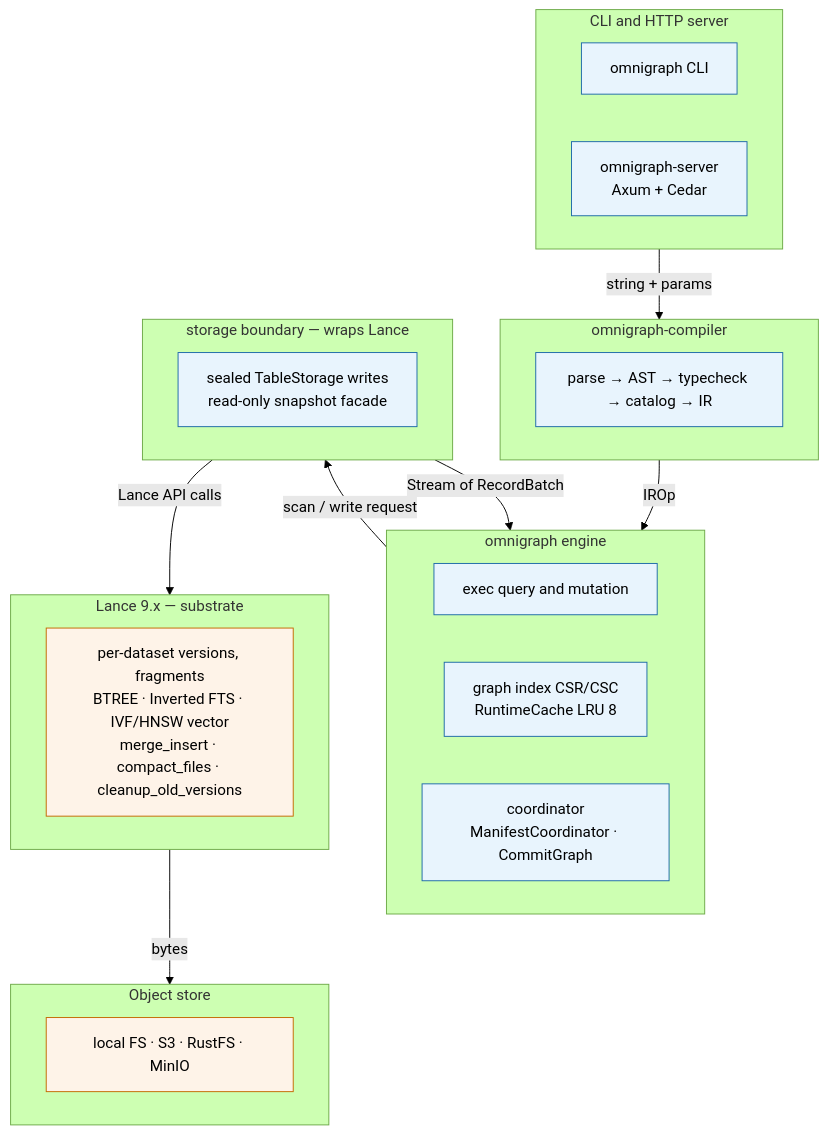
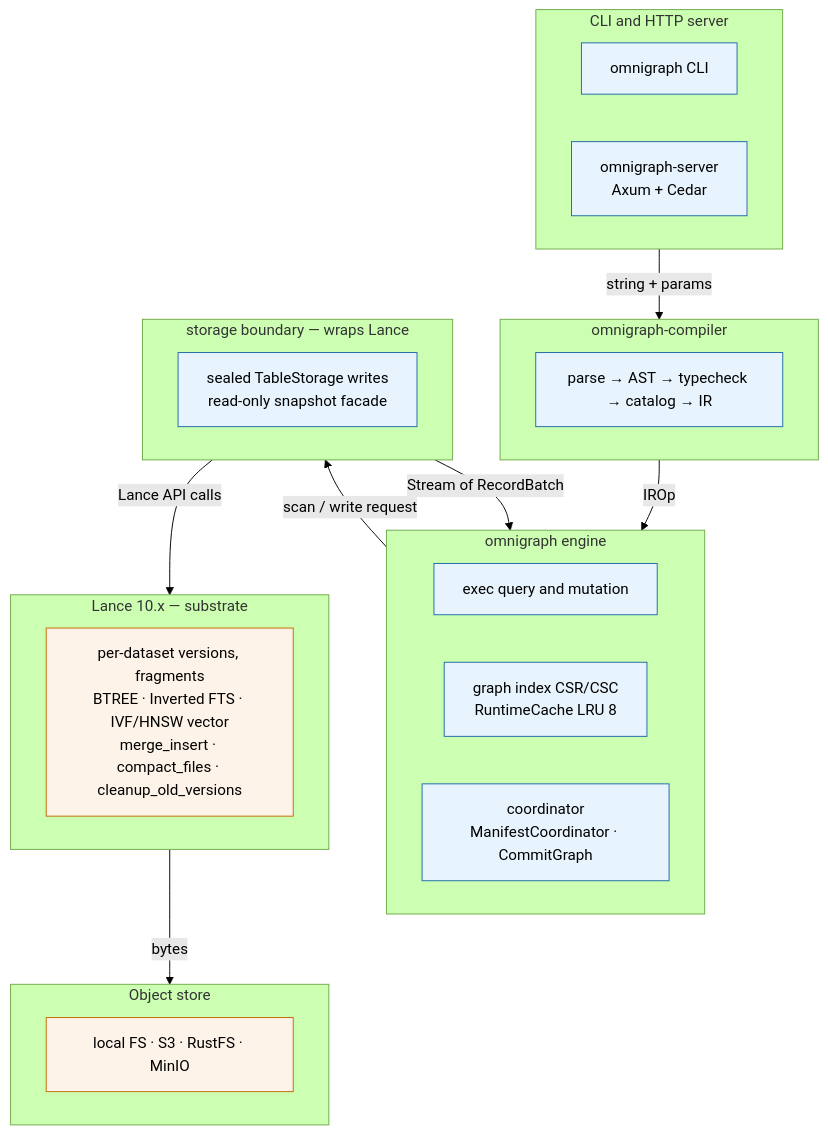
The second of 7 diagrams in docs/dev/architecture.md (ModernRelay/omnigraph), drawn with Mermaid (forest theme) before and after one commit. The commit also changed 38 other files, not shown here.

Commit message:
chore: migrate substrate to Lance 10

````diff
--- a/docs/dev/architecture.md
+++ b/docs/dev/architecture.md
@@ -49,39 +49,39 @@
 ```mermaid
 flowchart TB
     classDef l2 fill:#e8f4fd,stroke:#1e6aa8,color:#000
     classDef l1 fill:#fef3e8,stroke:#c46900,color:#000
 
     subgraph CLIs[CLI and HTTP server]
         cli[omnigraph CLI]:::l2
         srv[omnigraph-server<br/>Axum + Cedar]:::l2
     end
 
     subgraph compiler[omnigraph-compiler]
         front[parse → AST → typecheck → catalog → IR]:::l2
     end
 
     subgraph engine[omnigraph engine]
         plan[exec query and mutation]:::l2
         gi[graph index CSR/CSC<br/>RuntimeCache LRU 8]:::l2
         coord[coordinator<br/>ManifestCoordinator · CommitGraph]:::l2
     end
 
     subgraph storage[storage boundary — wraps Lance]
         ts[sealed TableStorage writes<br/>read-only snapshot facade]:::l2
     end
 
-    subgraph lance_layer[Lance 9.x — substrate]
+    subgraph lance_layer[Lance 10.x — substrate]
         lance[per-dataset versions, fragments<br/>BTREE · Inverted FTS · IVF/HNSW vector<br/>merge_insert · compact_files · cleanup_old_versions]:::l1
     end
 
     subgraph object_store[Object store]
         os[local FS · S3 · RustFS · MinIO]:::l1
     end
 
     CLIs -- "string + params" --> compiler
     compiler -- IROp --> engine
     engine -- "scan / write request" --> storage
     storage -- "Stream of RecordBatch" --> engine
     storage -- "Lance API calls" --> lance_layer
     lance_layer -- bytes --> object_store
 ```
````
